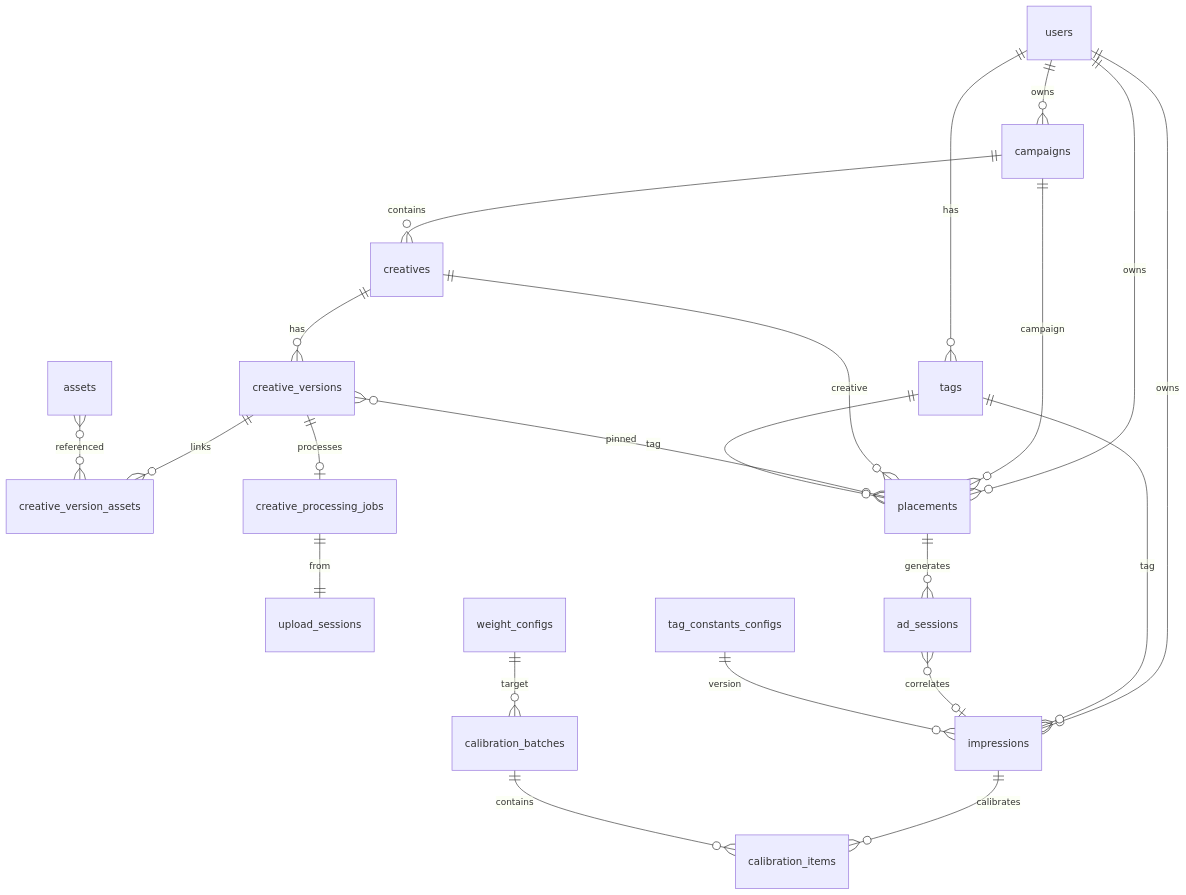
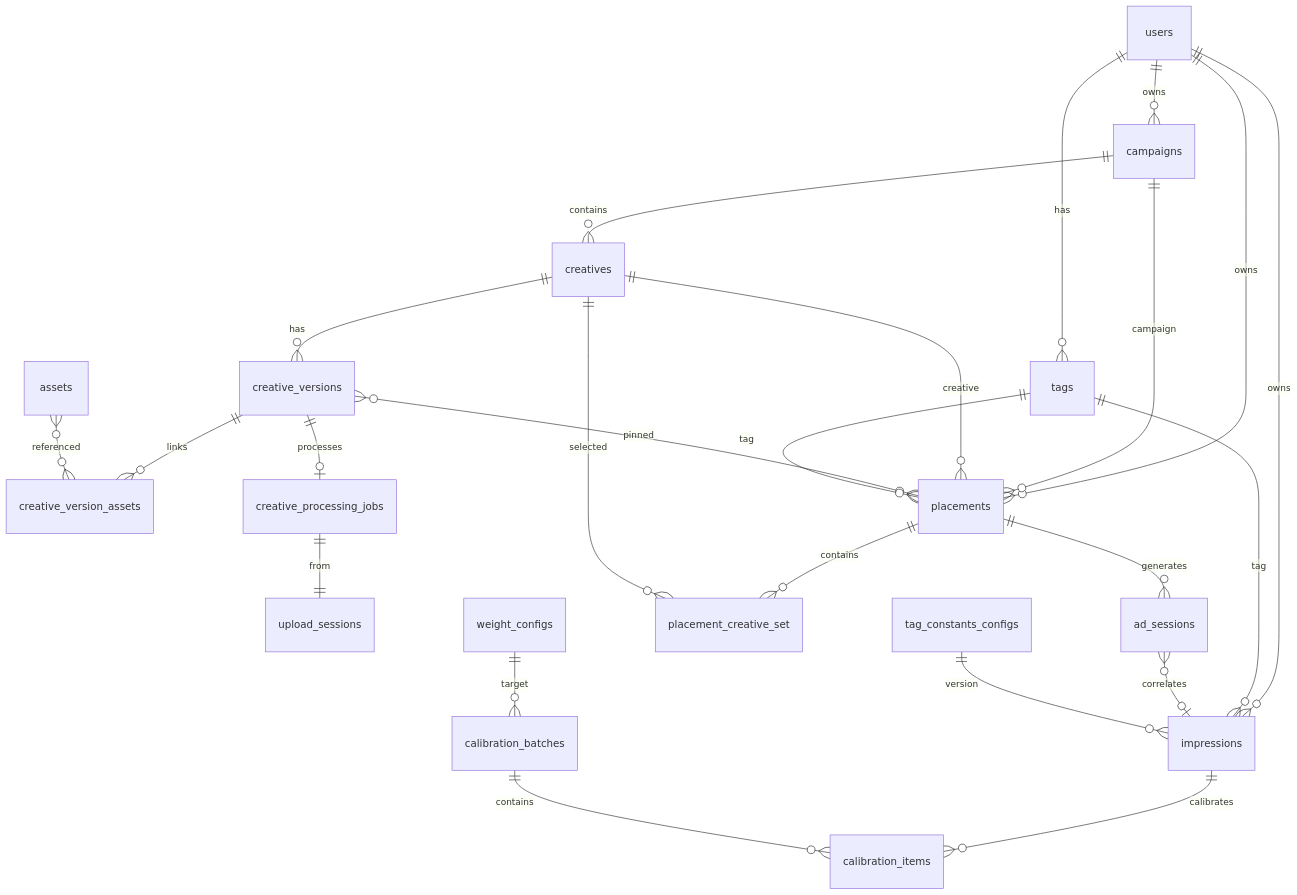
One commit to StepanCyberPsy/CPMind-core changed diagram 13 of 13 in docs/ARCHITECTURE.md. Above: the diagram before and after it, drawn with Mermaid. The commit also changed other lines of this file and 11 other files, not shown here.

````diff
--- a/docs/ARCHITECTURE.md
+++ b/docs/ARCHITECTURE.md
@@ -765,28 +748,30 @@
 ```mermaid
 erDiagram
     users ||--o{ tags : "has"
     users ||--o{ campaigns : "owns"
     campaigns ||--o{ creatives : "contains"
     creatives ||--o{ creative_versions : "has"
     creative_versions ||--o{ creative_version_assets : "links"
     assets }o--o{ creative_version_assets : "referenced"
     creative_versions ||--o| creative_processing_jobs : "processes"
     creative_processing_jobs ||--|| upload_sessions : "from"
 
     users ||--o{ placements : "owns"
     campaigns ||--o{ placements : "campaign"
     creatives ||--o{ placements : "creative"
     creative_versions }o--o{ placements : "pinned"
     placements ||--o{ ad_sessions : "generates"
+    placements ||--o{ placement_creative_set : "contains"
+    creatives ||--o{ placement_creative_set : "selected"
     tags ||--o{ placements : "tag"
 
     users ||--o{ impressions : "owns"
     tags ||--o{ impressions : "tag"
     ad_sessions }o--o| impressions : "correlates"
 
     impressions ||--o{ calibration_items : "calibrates"
     calibration_batches ||--o{ calibration_items : "contains"
 
     weight_configs ||--o{ calibration_batches : "target"
     tag_constants_configs ||--o{ impressions : "version"
 ```
````
